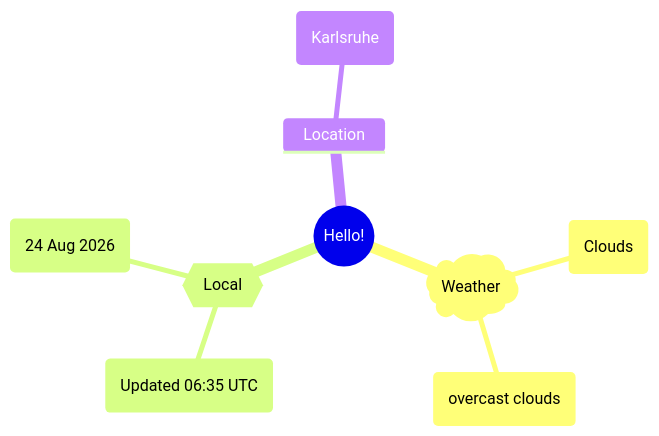
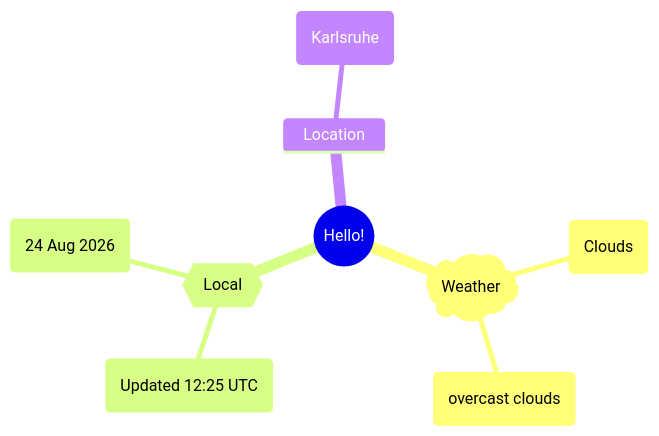
The first of 2 diagrams in README.md (Xosrov/Xosrov), drawn with Mermaid before and after one commit.

Commit message:
[bot] updated images

````diff
--- a/README.md
+++ b/README.md
@@ -3,12 +3,12 @@
 ```mermaid
 mindmap
   root((Hello!))
     )Weather(
         (Clouds)
         (overcast clouds)
     {{Local}}
-        (Updated 06:35 UTC)
+        (Updated 12:25 UTC)
         (24 Aug 2026)
     Location
         (Karlsruhe)
 ```
````
